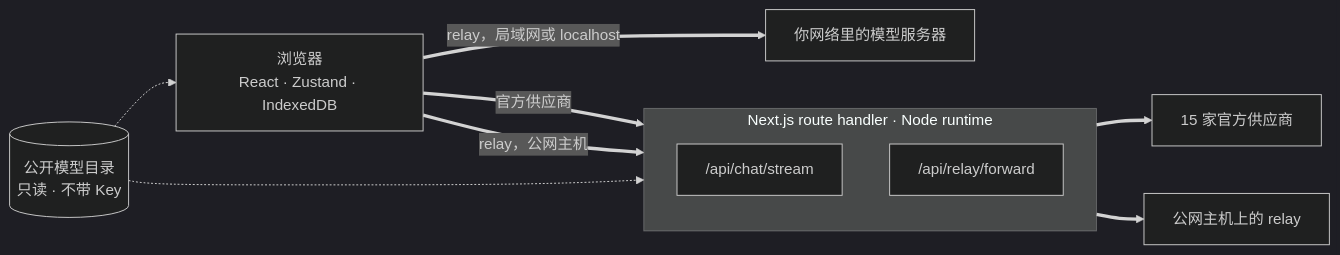
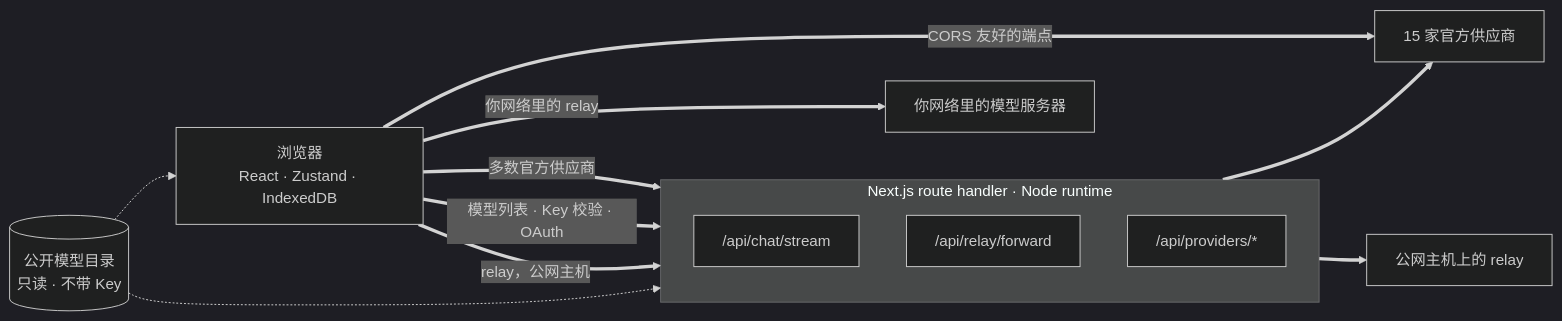
One commit to oriveo/oriveo changed the first of 2 diagrams in readme_i18n/zh-Hans/web.md. Above: the diagram before and after it, drawn with Mermaid (dark theme). The commit also changed other lines of this file and 62 other files, not shown here.

````diff
--- a/readme_i18n/zh-Hans/web.md
+++ b/readme_i18n/zh-Hans/web.md
@@ -58,21 +58,24 @@
 ```mermaid
 flowchart LR
     browser["浏览器<br/>React · Zustand · IndexedDB"]
 
     subgraph server ["Next.js route handler · Node runtime"]
         direction TB
         chat["/api/chat/stream"]
         fwd["/api/relay/forward"]
+        prov["/api/providers/*"]
     end
 
     official["15 家官方供应商"]
     pubrelay["公网主机上的 relay"]
     lan["你网络里的模型服务器"]
     catalog[("公开模型目录<br/>只读 · 不带 Key")]
 
-    browser ==>|"官方供应商"| chat ==> official
+    browser ==>|"多数官方供应商"| chat ==> official
+    browser ==>|"模型列表 · Key 校验 · OAuth"| prov
     browser ==>|"relay，公网主机"| fwd ==> pubrelay
-    browser ==>|"relay，局域网或 localhost"| lan
+    browser ==>|"你网络里的 relay"| lan
+    browser ==>|"CORS 友好的端点"| official
     catalog -.-> browser
     catalog -.-> chat
 ```
````
